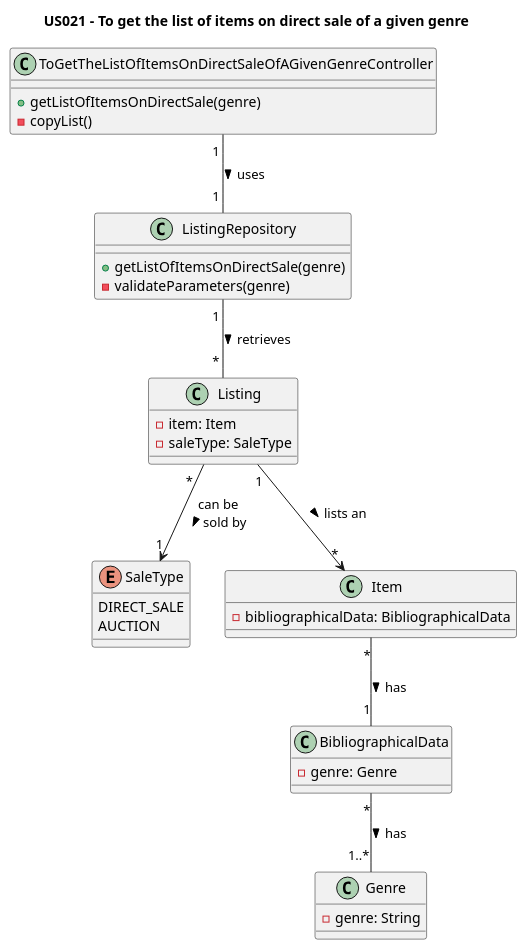
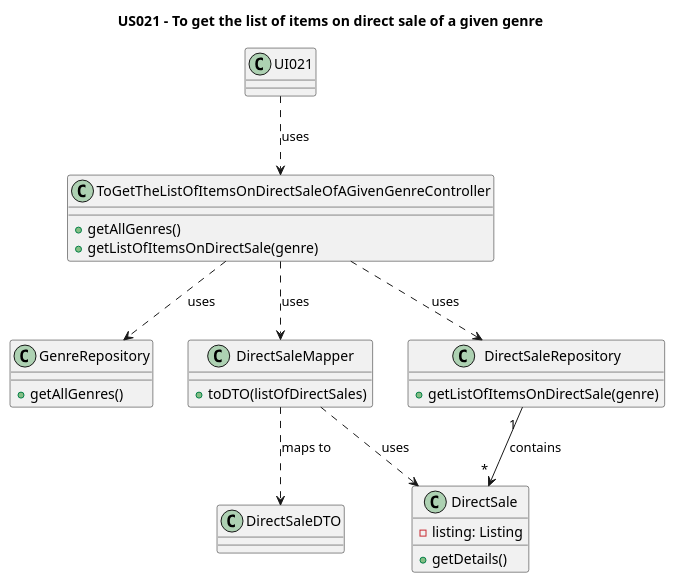
Before and after one commit to AndrePereiraGitH/SWitCH-Project-Team_A: the diagram in Diagrams/ClassDiagrams/US021-to-get-the-list-of-items-on-direct-sale-of-a-given-genre.puml, drawn with PlantUML. The commit also changed 5 other files, not shown here.

```diff
--- a/Diagrams/ClassDiagrams/US021-to-get-the-list-of-items-on-direct-sale-of-a-given-genre.puml
+++ b/Diagrams/ClassDiagrams/US021-to-get-the-list-of-items-on-direct-sale-of-a-given-genre.puml
@@ -1,45 +1,79 @@
 @startuml
 title US021 - To get the list of items on direct sale of a given genre
 
-class ToGetTheListOfItemsOnDirectSaleOfAGivenGenreController {
-  +getListOfItemsOnDirectSale(genre)
-  -copyList()
+class UI021 {
+
 }
 
-class ListingRepository{
+class ToGetTheListOfItemsOnDirectSaleOfAGivenGenreController {
+  +getAllGenres()
   +getListOfItemsOnDirectSale(genre)
-  -validateParameters(genre)
 }
 
+class GenreRepository {
+  +getAllGenres()
+}
+
+class DirectSaleMapper {
+   +toDTO(listOfDirectSales)
+}
+
+class DirectSaleRepository {
+  +getListOfItemsOnDirectSale(genre)
+}
+
+class DirectSale {
+  - listing: Listing
+  +getDetails()
+}
+
+/'
 class Listing {
   - item: Item
   - saleType: SaleType
 }
 
 enum SaleType {
     DIRECT_SALE
     AUCTION
 }
 
-class Genre {
-    - genre: String
+class Item {
+    - publication: Publication
 }
 
-class Item {
+class Publication {
     - bibliographicalData: BibliographicalData
+    - code: Code
 }
 
 class BibliographicalData {
+    - title: String
     - genre: Genre
 }
 
+class Genre {
+    - genreType: String
+}
+'/
+
 ' Interactions
 
-ToGetTheListOfItemsOnDirectSaleOfAGivenGenreController  "1 " -- "1 " ListingRepository : uses >
-ListingRepository "1 " -- " * " Listing : retrieves >
-Listing "                                *" --> "1" SaleType : can be\nsold by >
-Listing "1"--> "*" Item : lists an >
-Item "*" -- "1" BibliographicalData: has >
-BibliographicalData "*" -- "1..*" Genre: has >
+UI021 ..> ToGetTheListOfItemsOnDirectSaleOfAGivenGenreController : uses
+ToGetTheListOfItemsOnDirectSaleOfAGivenGenreController ..> DirectSaleRepository : uses
+ToGetTheListOfItemsOnDirectSaleOfAGivenGenreController ..> GenreRepository : uses
+DirectSaleRepository "1 " --> " * " DirectSale : contains
+ToGetTheListOfItemsOnDirectSaleOfAGivenGenreController ..> DirectSaleMapper : uses
+DirectSaleMapper ..> DirectSaleDTO : maps to
+DirectSaleMapper ..> DirectSale : uses
+/'
+DirectSale "1" --> "1" Listing : has
+Listing "                                *" --> "1" SaleType : can be\nsold by
+Listing "1"--> "1..*" Item : lists an
+Item "*" --> "1" Publication: has
+Publication "*" --> "1" BibliographicalData: has
+BibliographicalData "*" --> "1..*" Genre: has
+Genre "1" ..> "1" GenreRepository: uses
+'/
 
 @enduml
```
